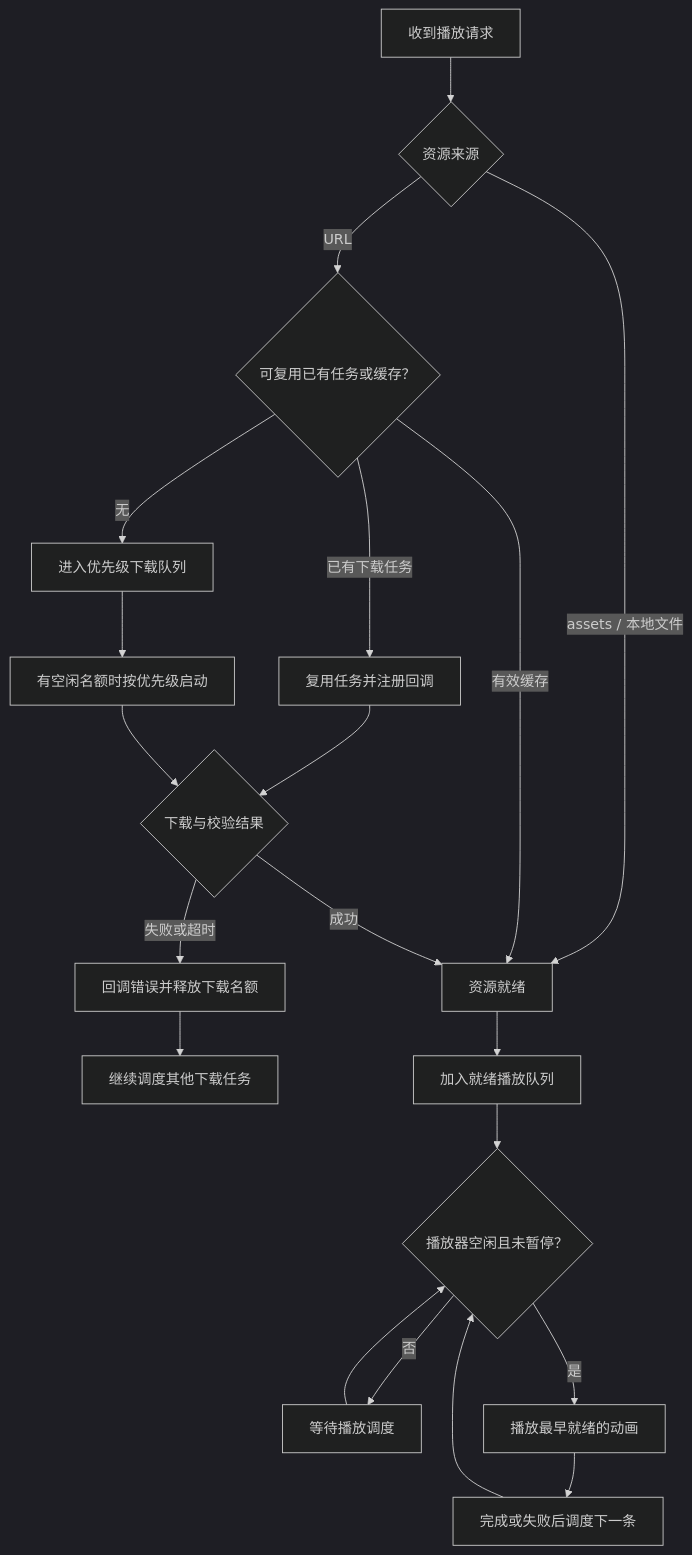
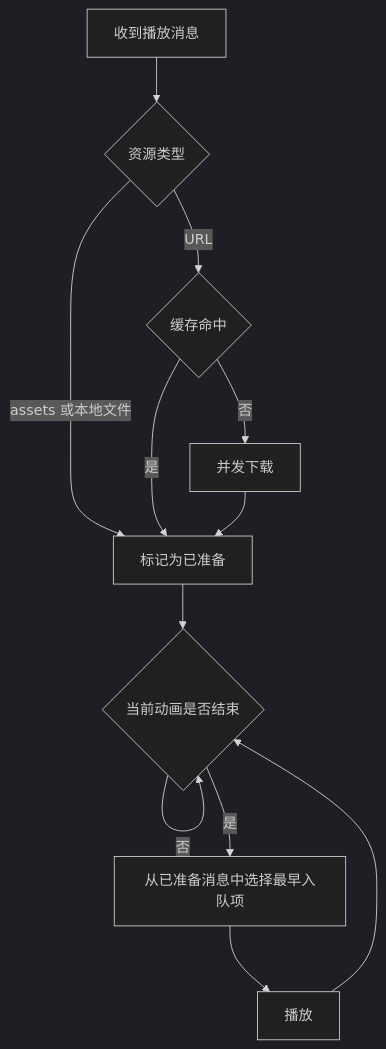
Before and after one commit to KeShiJie/GiftPlayer: the second of 2 diagrams in README.md, drawn with Mermaid (dark theme). The commit also changed other lines of this file and 32 other files, not shown here.

````diff
--- a/README.md
+++ b/README.md
@@ -477,22 +307,14 @@
 ```mermaid
 flowchart TD
-    A["收到播放请求"] --> B{"资源来源"}
-    B -->|"assets / 本地文件"| R["资源就绪"]
-    B -->|"URL"| C{"可复用已有任务或缓存？"}
-    C -->|"有效缓存"| R
-    C -->|"已有下载任务"| D["复用任务并注册回调"]
-    C -->|"无"| E["进入优先级下载队列"]
-    E --> F["有空闲名额时按优先级启动"]
-    D --> G{"下载与校验结果"}
-    F --> G
-    G -->|"成功"| R
-    G -->|"失败或超时"| H["回调错误并释放下载名额"]
-    H --> E2["继续调度其他下载任务"]
-    R --> I["加入就绪播放队列"]
-    I --> J{"播放器空闲且未暂停？"}
-    J -->|"否"| K["等待播放调度"]
-    K --> J
-    J -->|"是"| L["播放最早就绪的动画"]
-    L --> M["完成或失败后调度下一条"]
-    M --> J
+    A[收到播放消息] --> B{资源类型}
+    B -- assets 或本地文件 --> E[标记为已准备]
+    B -- URL --> C{缓存命中}
+    C -- 是 --> E
+    C -- 否 --> D[并发下载]
+    D --> E
+    E --> F{当前动画是否结束}
+    F -- 否 --> F
+    F -- 是 --> G[从已准备消息中选择最早入队项]
+    G --> H[播放]
+    H --> F
 ```
````
